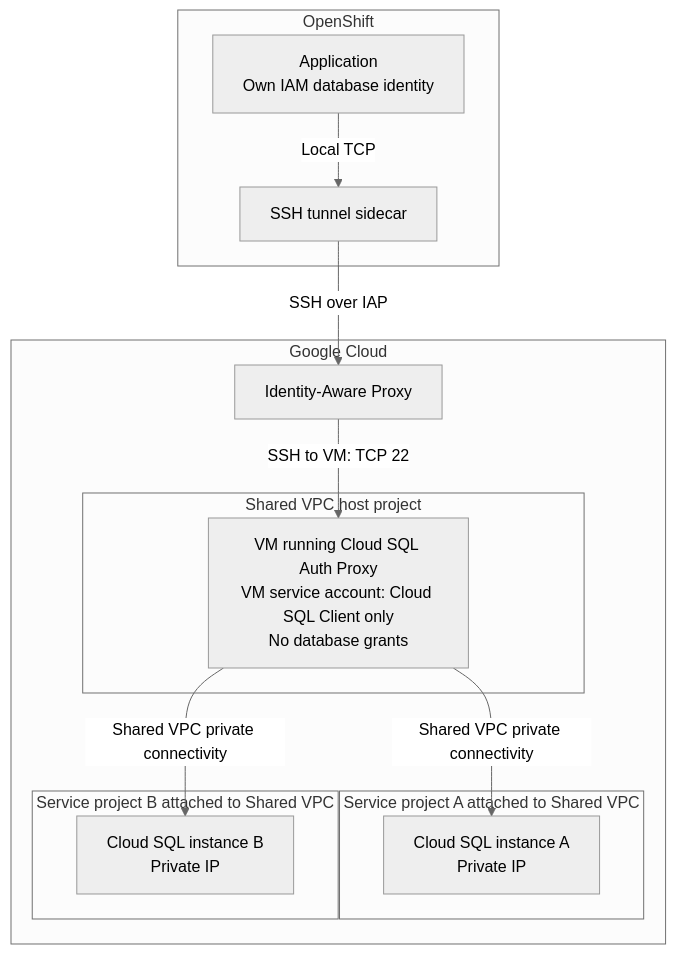
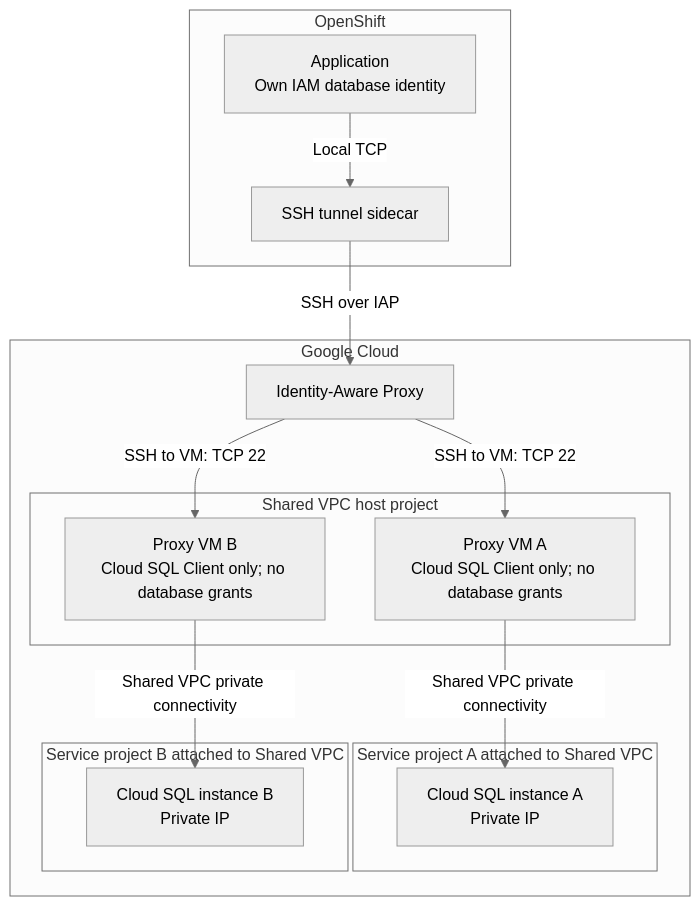
The diagram in python/cloud-sql-connector/README-cloud-sql-tunnel.md (bcgov/sbc-connect-common), drawn with Mermaid (neutral theme) before and after one commit. The commit also changed other lines of this file, not shown here.

````diff
--- a/python/cloud-sql-connector/README-cloud-sql-tunnel.md
+++ b/python/cloud-sql-connector/README-cloud-sql-tunnel.md
@@ -12,29 +12,31 @@
 ```mermaid
 flowchart TB
     subgraph openshift["OpenShift"]
         app["Application<br/>Own IAM database identity"]
         tunnel["SSH tunnel sidecar"]
         app -->|"Local TCP"| tunnel
     end
 
     subgraph google["Google Cloud"]
         iap["Identity-Aware Proxy"]
 
         subgraph host["Shared VPC host project"]
-            vm["VM running Cloud SQL Auth Proxy<br/>VM service account: Cloud SQL Client only<br/>No database grants"]
+            vm["Proxy VM A<br/>Cloud SQL Client only; no database grants"]
+            vmB["Proxy VM B<br/>Cloud SQL Client only; no database grants"]
         end
 
         subgraph clientA["Service project A attached to Shared VPC"]
             sqlA["Cloud SQL instance A<br/>Private IP"]
         end
         subgraph clientB["Service project B attached to Shared VPC"]
             sqlB["Cloud SQL instance B<br/>Private IP"]
         end
 
         iap -->|"SSH to VM: TCP 22"| vm
+        iap -->|"SSH to VM: TCP 22"| vmB
         vm -->|"Shared VPC private connectivity"| sqlA
-        vm -->|"Shared VPC private connectivity"| sqlB
+        vmB -->|"Shared VPC private connectivity"| sqlB
     end
 
     tunnel -->|"SSH over IAP"| iap
 ```
````
